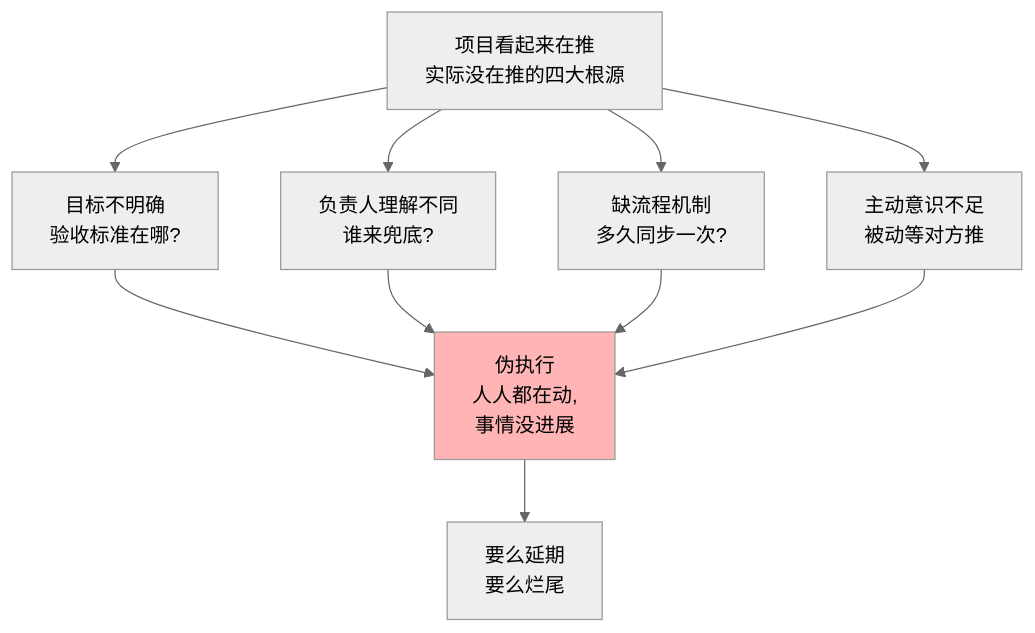
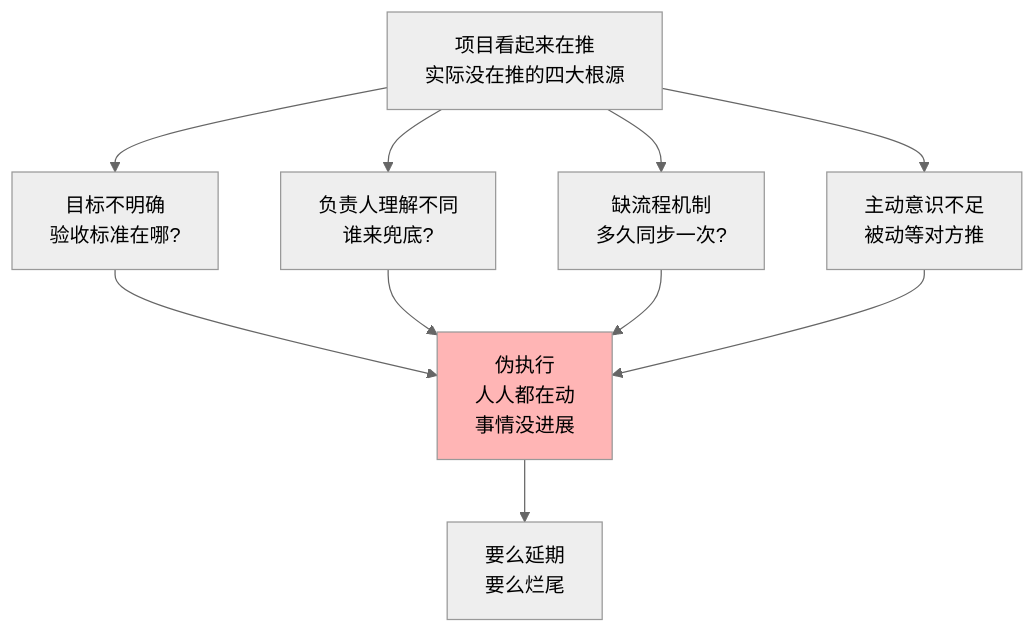
The first of 7 diagrams in 09.出版作品的书籍/02.职场管理进阶/2.2确保项目去执行.md (chongyang211/YCBookBlog), drawn with Mermaid (neutral theme) before and after one commit. The commit also changed other lines of this file and 33 other files, not shown here.

````diff
--- a/09.出版作品的书籍/02.职场管理进阶/2.2确保项目去执行.md
+++ b/09.出版作品的书籍/02.职场管理进阶/2.2确保项目去执行.md
@@ -28,13 +25,13 @@
 ```mermaid
 flowchart TD
     A[项目看起来在推<br/>实际没在推的四大根源] --> B[目标不明确<br/>验收标准在哪?]
     A --> C[负责人理解不同<br/>谁来兜底?]
     A --> D[缺流程机制<br/>多久同步一次?]
     A --> E[主动意识不足<br/>被动等对方推]
-    B --> F[伪执行<br/>人人都在动,<br/>事情没进展]
+    B --> F[伪执行<br/>人人都在动<br/>事情没进展]
     C --> F
     D --> F
     E --> F
     F --> G[要么延期<br/>要么烂尾]
     style F fill:#ffb5b5
 ```
````
